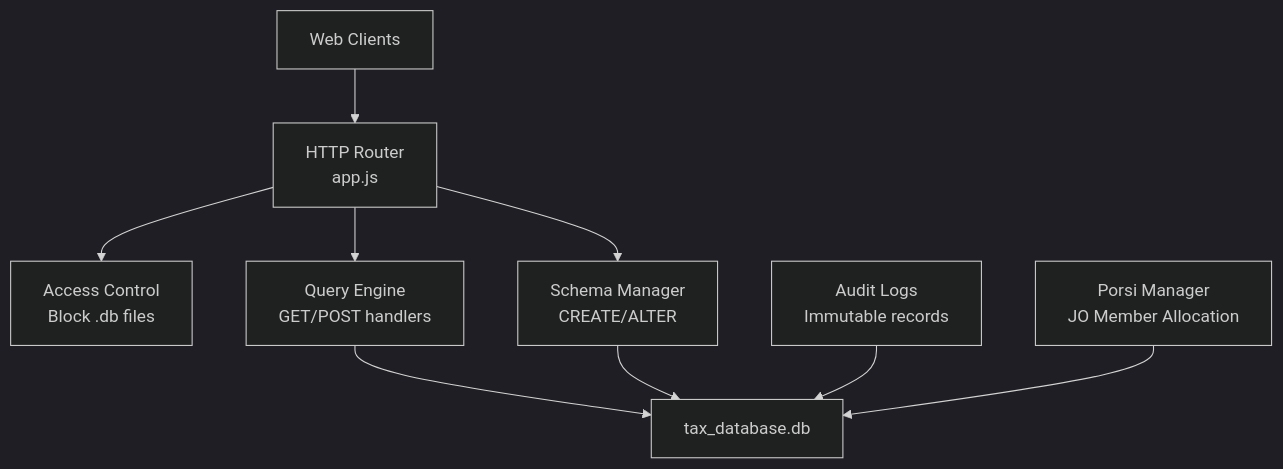
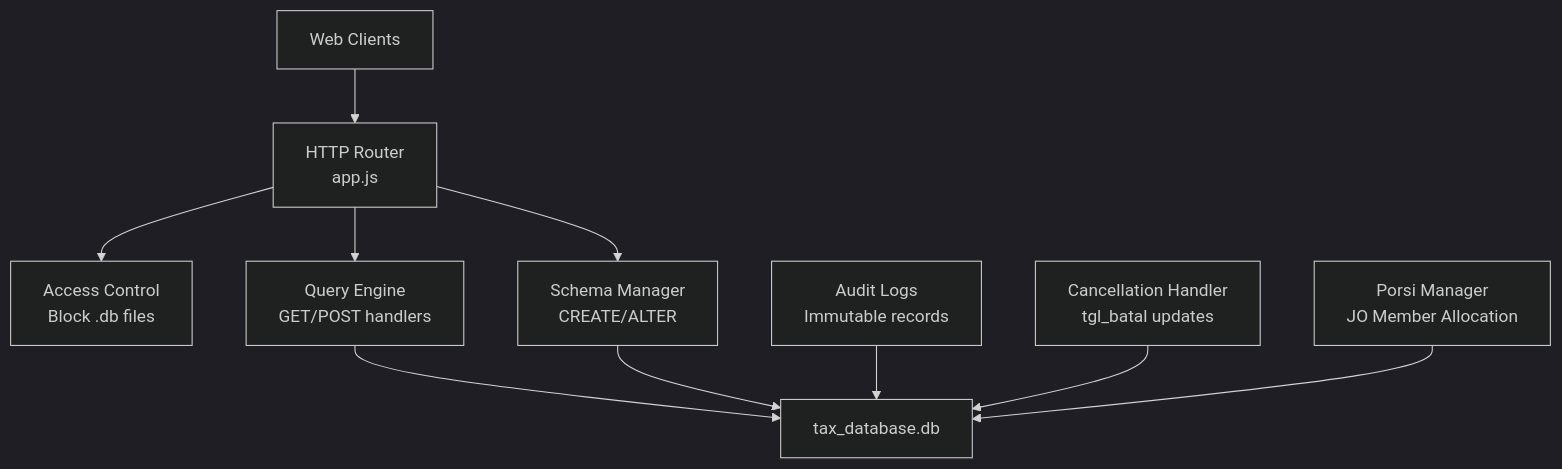
The second of 7 diagrams in .qoder/repowiki/en/content/Database Schema & Management.md (rendisiagian/TDS_by_RENDISIAGIAN), drawn with Mermaid (dark theme) before and after one commit. The commit also changed other lines of this file and 38 other files, not shown here.

First line of the commit message:
feat(database): add invoice cancellation tracking and enhance JO member allocation

````diff
--- a/.qoder/repowiki/en/content/Database Schema & Management.md
+++ b/.qoder/repowiki/en/content/Database Schema & Management.md
@@ -85,19 +88,21 @@
 ```mermaid
 graph TB
 CLIENT["Web Clients"]
 ROUTER["HTTP Router<br/>app.js"]
 AUTH["Access Control<br/>Block .db files"]
 SCHEMA["Schema Manager<br/>CREATE/ALTER"]
 QUERIES["Query Engine<br/>GET/POST handlers"]
 AUDIT["Audit Logs<br/>Immutable records"]
+CANCEL["Cancellation Handler<br/>tgl_batal updates"]
+PORSI["Porsi Manager<br/>JO Member Allocation"]
 DB["tax_database.db"]
-PORSI["Porsi Manager<br/>JO Member Allocation"]
 CLIENT --> ROUTER
 ROUTER --> AUTH
 ROUTER --> SCHEMA
 ROUTER --> QUERIES
 QUERIES --> DB
 SCHEMA --> DB
 AUDIT --> DB
+CANCEL --> DB
 PORSI --> DB
 ```
````
